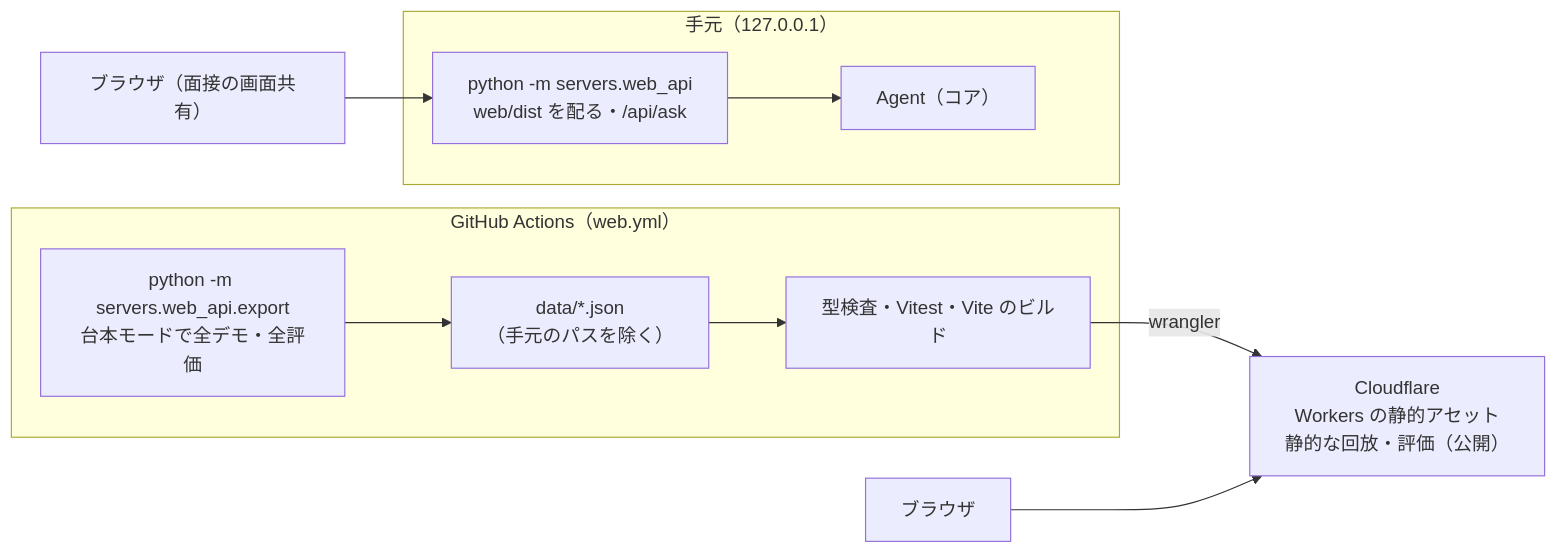
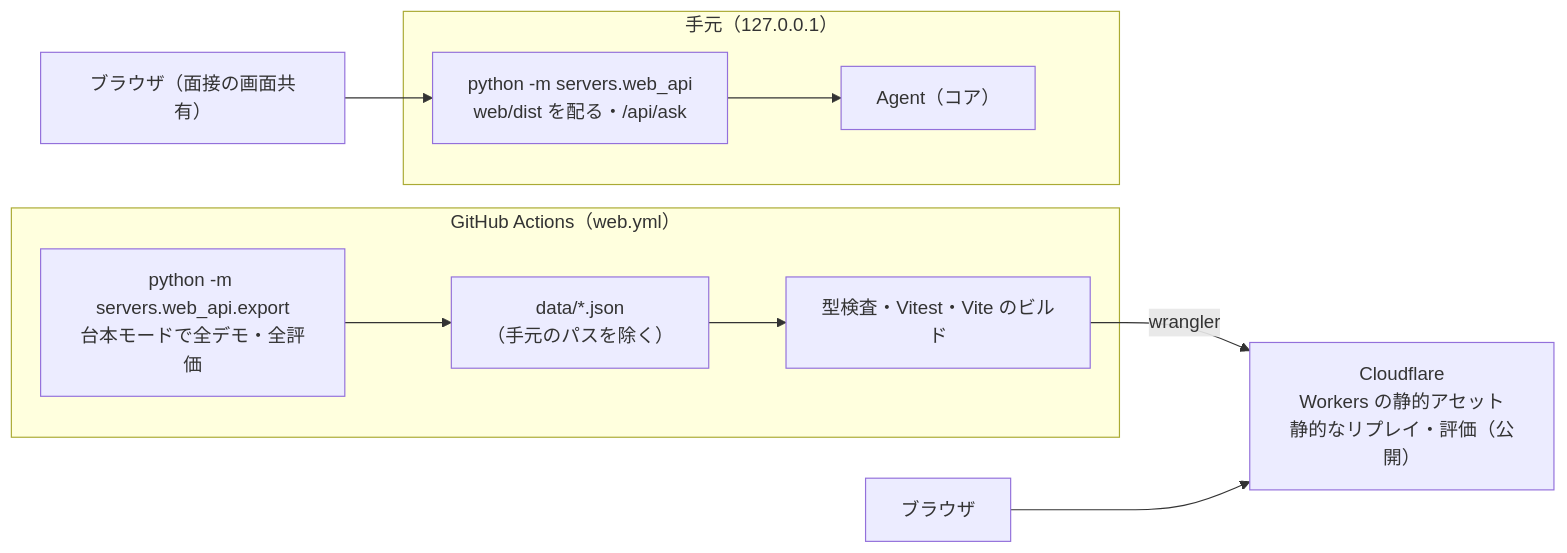
Before and after one commit to hexinlong9981/echolab: the third of 3 diagrams in docs/architecture.md, drawn with Mermaid. The commit also changed other lines of this file and 25 other files, not shown here.

````diff
--- a/docs/architecture.md
+++ b/docs/architecture.md
@@ -204,13 +204,13 @@
 ```mermaid
 flowchart LR
   subgraph CI["GitHub Actions（web.yml）"]
     EX["python -m servers.web_api.export<br/>台本モードで全デモ・全評価"] --> JSON["data/*.json<br/>（手元のパスを除く）"]
     JSON --> B["型検査・Vitest・Vite のビルド"]
   end
-  B -->|wrangler| CF["Cloudflare<br/>Workers の静的アセット<br/>静的な回放・評価（公開）"]
+  B -->|wrangler| CF["Cloudflare<br/>Workers の静的アセット<br/>静的なリプレイ・評価（公開）"]
   subgraph LOCAL["手元（127.0.0.1）"]
     API["python -m servers.web_api<br/>web/dist を配る・/api/ask"] --> AG["Agent（コア）"]
   end
   BR["ブラウザ"] --> CF
   BR2["ブラウザ（面接の画面共有）"] --> API
 ```
````
